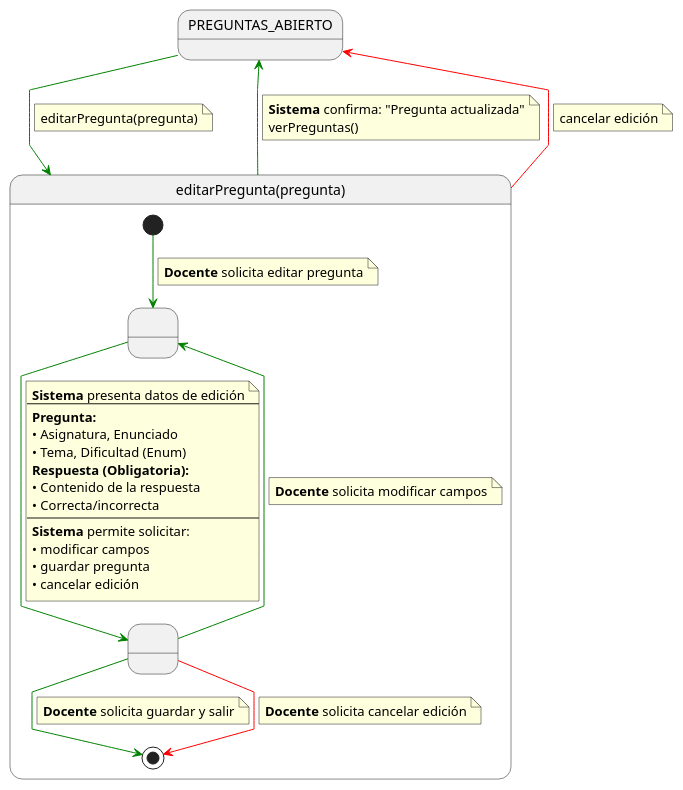
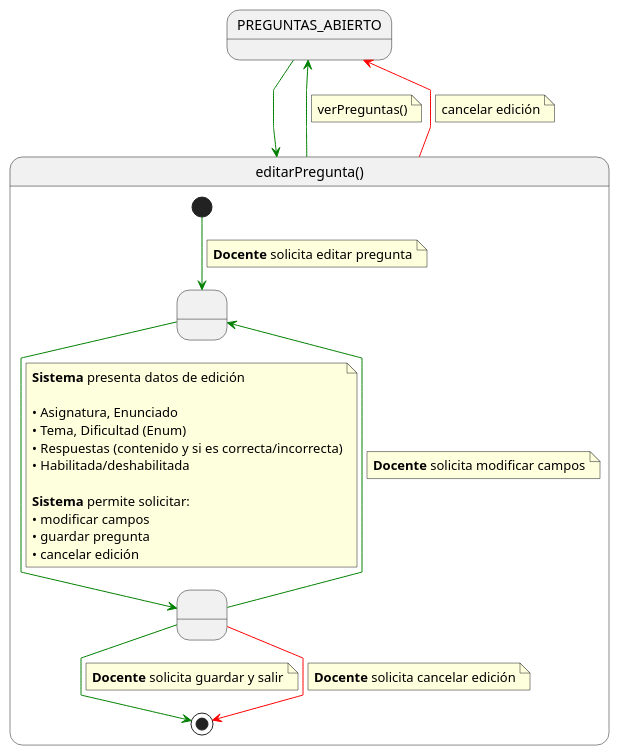
The diagram in documents/casos-de-uso/detalladoCasosDeUso/editarPregunta/editarPregunta.puml (martinlopez7/25-26-IdSw1-SdR), drawn with PlantUML before and after one commit. The commit also changed 13 other files, not shown here.

```diff
--- a/documents/casos-de-uso/detalladoCasosDeUso/editarPregunta/editarPregunta.puml
+++ b/documents/casos-de-uso/detalladoCasosDeUso/editarPregunta/editarPregunta.puml
@@ -1,74 +1,59 @@
 @startuml
 skinparam linetype polyline
 
-' 1. ESTADO PREVIO (Contexto de origen: Banco de Preguntas)
 state PREGUNTAS_ABIERTO
 
-' 2. ENTRADA AL CASO DE USO
 PREGUNTAS_ABIERTO -[#green]-> editarPregunta
-note on link
-editarPregunta(pregunta)
-end note
 
-' 3. DETALLE DEL PROCESO
-state editarPregunta as "editarPregunta(pregunta)" {
+state editarPregunta as "editarPregunta()" {
 
     state " " as EditandoDatos
     state " " as GuardandoDatos 
 
     [*] -[#green]-> EditandoDatos 
     note on link
     <b>Docente</b> solicita editar pregunta
     end note    
     
     EditandoDatos -[#green]-> GuardandoDatos
     note on link
     <b>Sistema</b> presenta datos de edición
-    ---
-    <b>Pregunta:</b>
+    
     • Asignatura, Enunciado
     • Tema, Dificultad (Enum)
-    <b>Respuesta (Obligatoria):</b>
-    • Contenido de la respuesta
-    • Correcta/incorrecta
-    ---
+    • Respuestas (contenido y si es correcta/incorrecta)
+    • Habilitada/deshabilitada
+
     <b>Sistema</b> permite solicitar:
     • modificar campos
     • guardar pregunta
     • cancelar edición
     end note
     
-    ' Ciclo de modificación (Patrón Interactivo)
     GuardandoDatos -[#green]-> EditandoDatos
     note on link
     <b>Docente</b> solicita modificar campos
     end note
     
-    ' Salida Exitosa (Interna)
     GuardandoDatos -[#green]-> [*]
     note on link
     <b>Docente</b> solicita guardar y salir
     end note
 
-    ' Salida Cancelada (Interna)
     GuardandoDatos -[#red]-> [*]
     note on link
     <b>Docente</b> solicita cancelar edición
     end note
 }
 
-' 4. SALIDAS EXTERNAS
-
-' Salida Exitosa con CONFIRMACIÓN
 editarPregunta -[#green]-> PREGUNTAS_ABIERTO
 note on link
-<b>Sistema</b> confirma: "Pregunta actualizada"
 verPreguntas()
 end note
 
-' Salida Cancelada
 editarPregunta -[#red]-> PREGUNTAS_ABIERTO
 note on link
 cancelar edición
 end note
+
 @enduml
```
